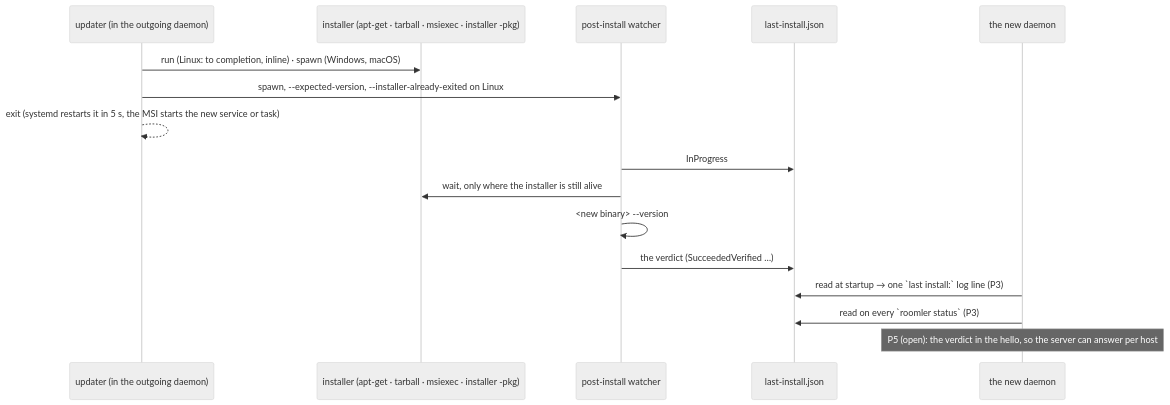
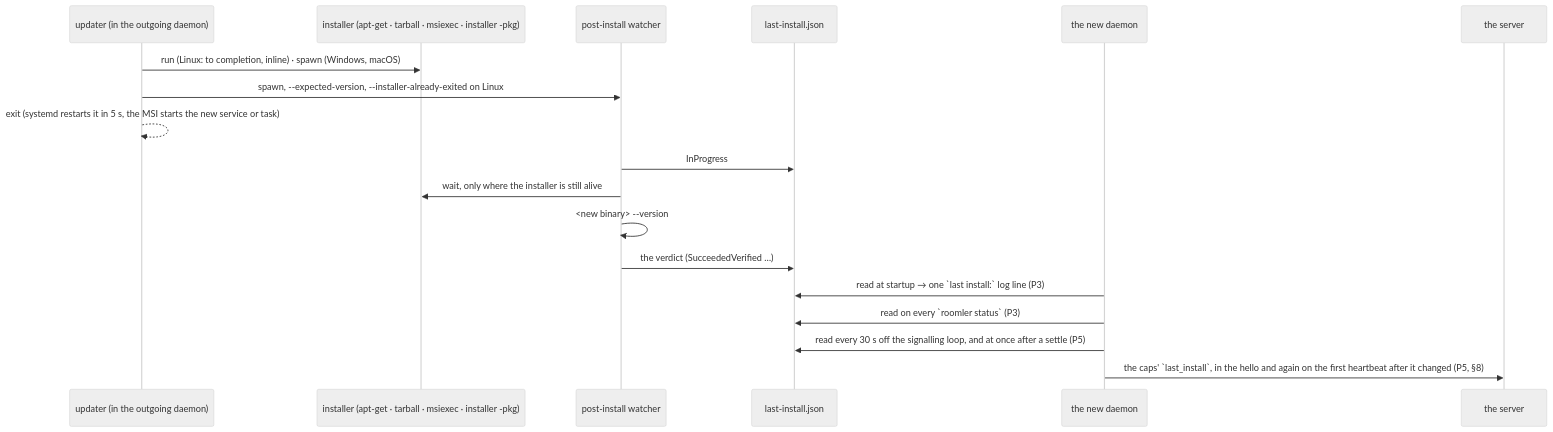
One commit to gjovanov/roomler-ai changed the first of 2 diagrams in docs/update-outcome.md. Above: the diagram before and after it, drawn with Mermaid (neutral theme). The commit also changed other lines of this file and 53 other files, not shown here.

````diff
--- a/docs/update-outcome.md
+++ b/docs/update-outcome.md
@@ -86,18 +89,20 @@
 ```mermaid
 sequenceDiagram
     participant U as updater (in the outgoing daemon)
     participant I as installer (apt-get · tarball · msiexec · installer -pkg)
     participant W as post-install watcher
     participant F as last-install.json
     participant D as the new daemon
+    participant S as the server
     U->>I: run (Linux: to completion, inline) · spawn (Windows, macOS)
     U->>W: spawn, --expected-version, --installer-already-exited on Linux
     U-->>U: exit (systemd restarts it in 5 s, the MSI starts the new service or task)
     W->>F: InProgress
     W->>I: wait, only where the installer is still alive
     W->>W: <new binary> --version
     W->>F: the verdict (SucceededVerified …)
     D->>F: read at startup → one `last install:` log line (P3)
     D->>F: read on every `roomler status` (P3)
-    Note over D: P5 (open): the verdict in the hello, so the server can answer per host
+    D->>F: read every 30 s off the signalling loop, and at once after a settle (P5)
+    D->>S: the caps' `last_install`, in the hello and again on the first heartbeat after it changed (P5, §8)
 ```
````
